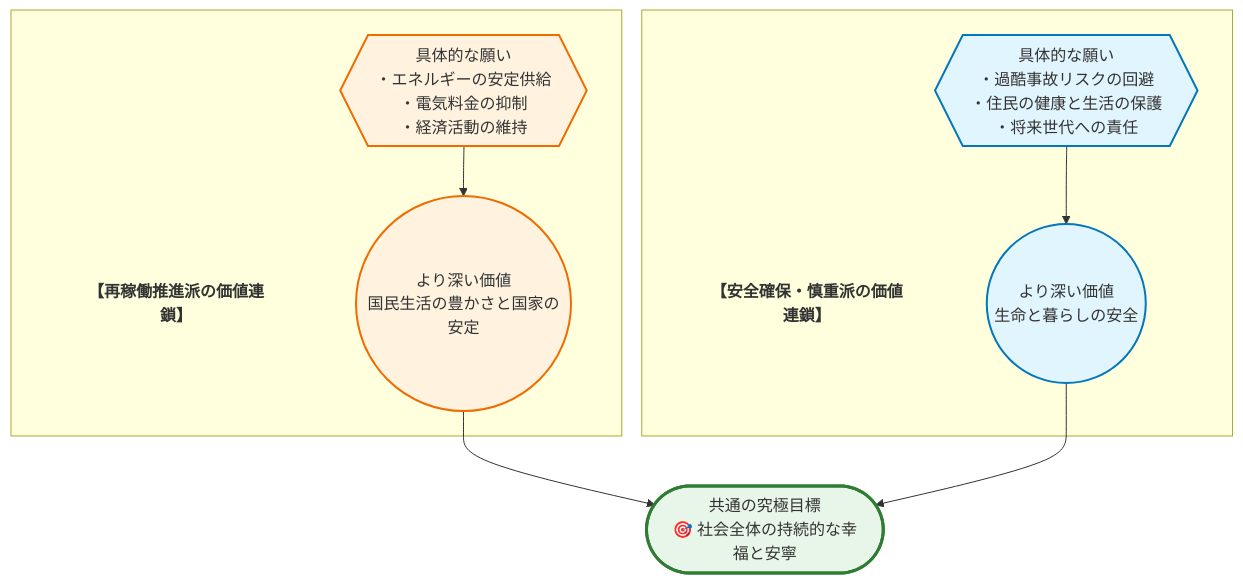
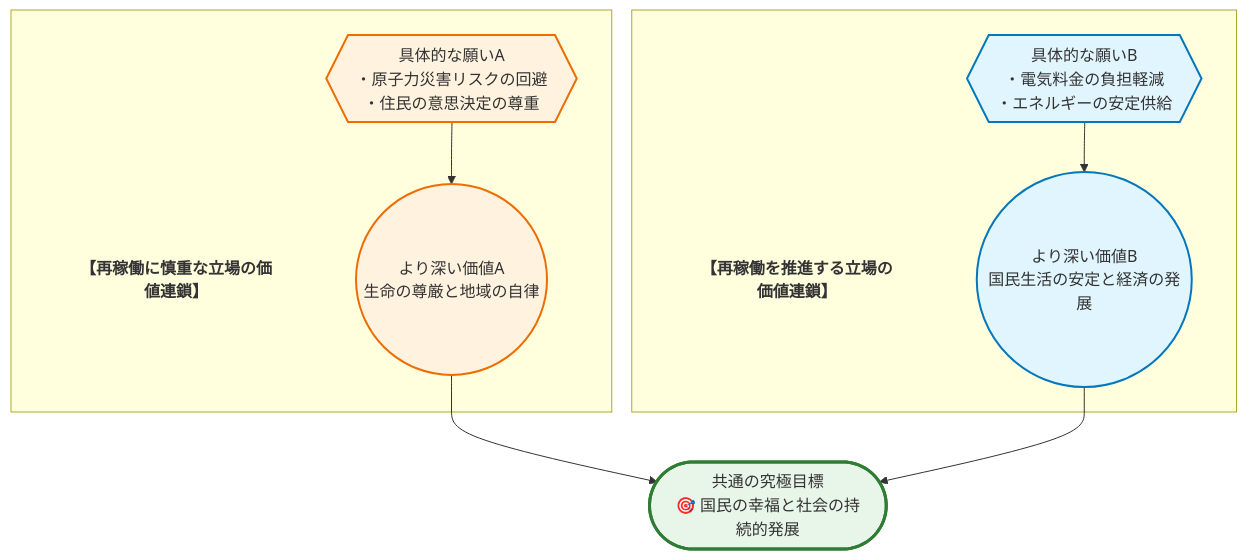
The first of 2 diagrams in themes/Restart of Rural NPPs/standard.md (ogaogamirai/ARE-Public-Gallery), drawn with Mermaid before and after one commit. The commit also changed other lines of this file and 1 other file, not shown here.

````diff
--- a/themes/Restart of Rural NPPs/standard.md
+++ b/themes/Restart of Rural NPPs/standard.md
@@ -24,21 +25,21 @@
 ```mermaid
 graph TD
   subgraph SG_A[" "]
-    Title_A["【再稼働推進派の価値連鎖】"]
-    A{{"具体的な願い<br>・エネルギーの安定供給<br>・電気料金の抑制<br>・経済活動の維持"}} --> B(("より深い価値<br>国民生活の豊かさと国家の安定"))
+    Title_A["【再稼働に慎重な立場の価値連鎖】"]
+    A{{"具体的な願いA<br>・原子力災害リスクの回避<br>・住民の意思決定の尊重"}} --> B(("より深い価値A<br>生命の尊厳と地域の自律"))
   end
   subgraph SG_B[" "]
-    Title_B["【安全確保・慎重派の価値連鎖】"]
-    C{{"具体的な願い<br>・過酷事故リスクの回避<br>・住民の健康と生活の保護<br>・将来世代への責任"}} --> D(("より深い価値<br>生命と暮らしの安全"))
+    Title_B["【再稼働を推進する立場の価値連鎖】"]
+    C{{"具体的な願いB<br>・電気料金の負担軽減<br>・エネルギーの安定供給"}} --> D(("より深い価値B<br>国民生活の安定と経済の発展"))
   end
-  B --> E(["共通の究極目標<br>🎯 社会全体の持続的な幸福と安寧"])
+  B --> E(["共通の究極目標<br>🎯 国民の幸福と社会の持続的発展"])
   D --> E
 
   style Title_A fill:none,stroke:none,font-weight:bold
   style Title_B fill:none,stroke:none,font-weight:bold
   style A fill:#FFF3E0,stroke:#EF6C00,stroke-width:2px
   style B fill:#FFF3E0,stroke:#EF6C00,stroke-width:2px
   style C fill:#E1F5FE,stroke:#0277BD,stroke-width:2px
   style D fill:#E1F5FE,stroke:#0277BD,stroke-width:2px
   style E fill:#E8F5E9,stroke:#2E7D32,stroke-width:3px
 ```
````
